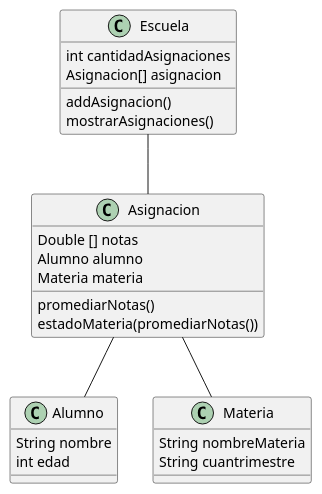
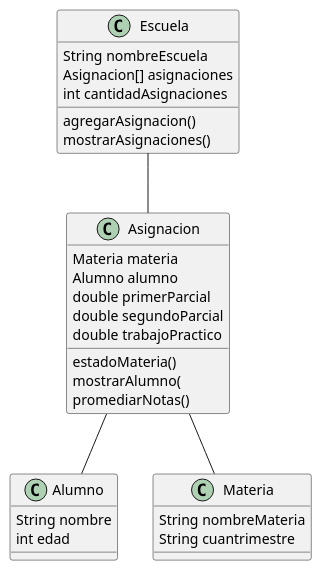
The diagram in src/doc/diagrama-escuela.puml (gioruanova/dv-poo-20231c-escuela-ruanova-jorge), drawn with PlantUML before and after one commit. The commit also changed 11 other files, not shown here.

```diff
--- a/src/doc/diagrama-escuela.puml
+++ b/src/doc/diagrama-escuela.puml
@@ -1,38 +1,43 @@
 @startuml
 
 class Escuela{
-	int cantidadAsignaciones
-	Asignacion[] asignacion
-	addAsignacion()
-	mostrarAsignaciones()
+	 String nombreEscuela
+	 Asignacion[] asignaciones
+	 int cantidadAsignaciones
+	 
+	 agregarAsignacion()
+	 mostrarAsignaciones()
 }
 
 
 class Asignacion{
-	Double [] notas
-	Alumno alumno
-	Materia materia
-	promediarNotas()
-	estadoMateria(promediarNotas())
+	 Materia materia
+	 Alumno alumno
+	 double primerParcial
+	 double segundoParcial
+	 double trabajoPractico
+	 estadoMateria()
+	 mostrarAlumno(
+	 promediarNotas()
 }
 
 
 class Alumno{
 	String nombre
 	int edad
 }
 
 
 class Materia{
 	String nombreMateria
 	String cuantrimestre
 }
 
 
 Escuela -- Asignacion
 Asignacion -- Materia
 Asignacion -- Alumno
 
 
 
 @enduml
```
